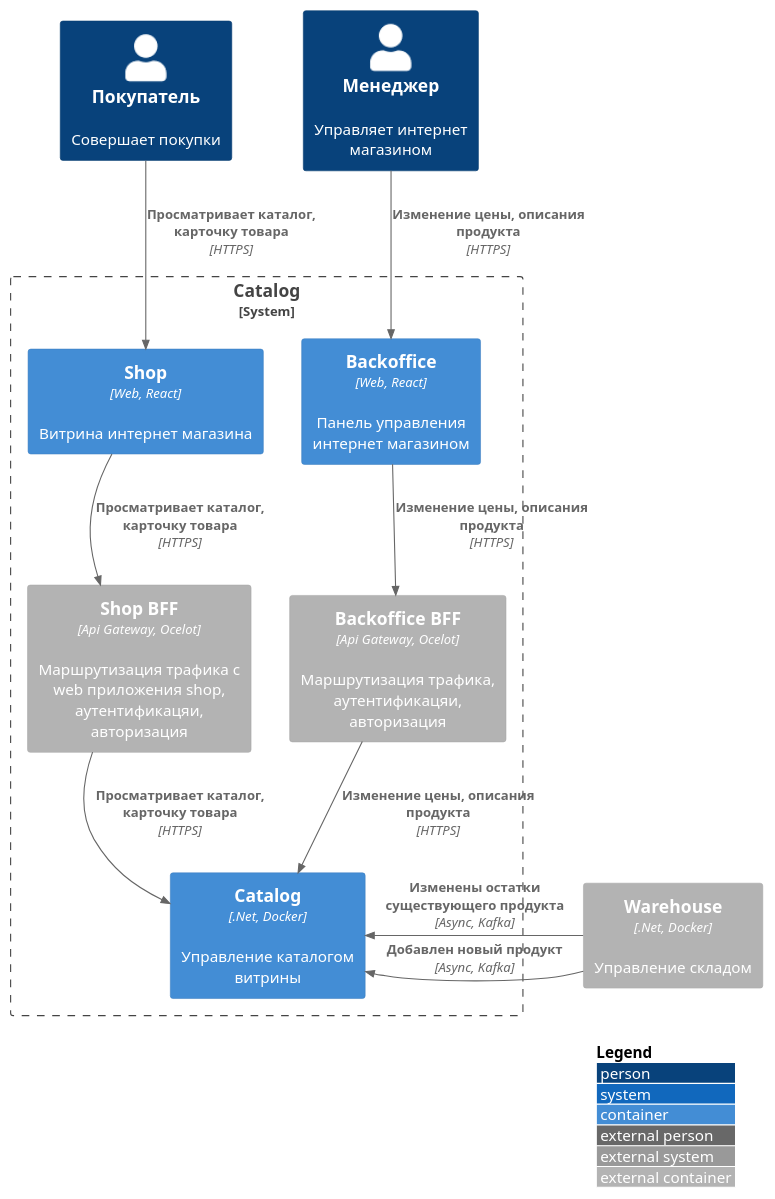
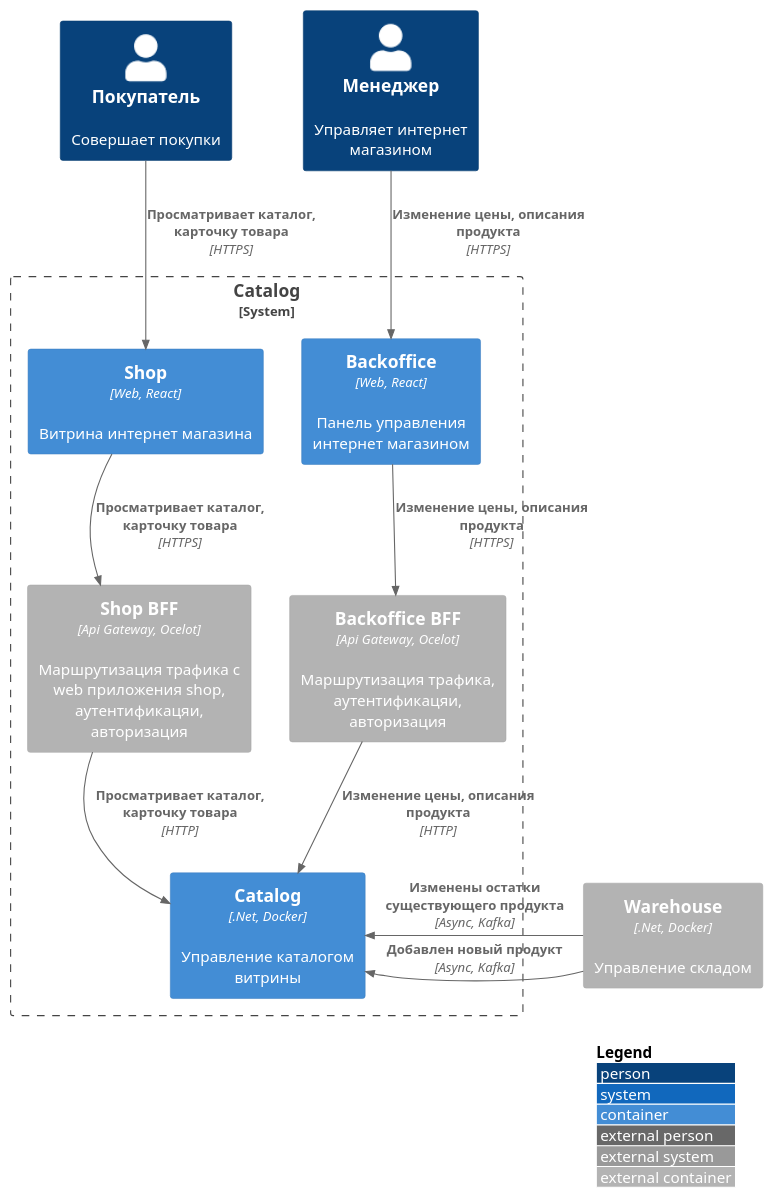
One commit to gerzhan/knigaexpert-system-design changed the first of 2 diagrams in services/catalog/README.md. Above: the diagram before and after it, drawn with PlantUML.

````diff
--- a/services/catalog/README.md
+++ b/services/catalog/README.md
@@ -8,36 +8,36 @@
 ```plantuml
 !include https://raw.githubusercontent.com/plantuml-stdlib/C4-PlantUML/master/C4_Container.puml
 
 skinparam wrapWidth 200
 skinparam maxMessageSize 200
 
 LAYOUT_TOP_DOWN()
 LAYOUT_WITH_LEGEND()
 
 Person(customer, Покупатель, "Совершает покупки")
 Person(manager, Менеджер, "Управляет интернет магазином")
 
 Container_Ext(warehouse, "Warehouse", ".Net, Docker", "Управление складом")
 
 System_Boundary(boundary, "Catalog") {
 ' Shop
 Container(shop_app, "Shop", "Web, React", "Витрина интернет магазина")
 Container_Ext(shop_bff, "Shop BFF", "Api Gateway, Ocelot", "Маршрутизация трафика c web приложения shop, аутентификацяи, авторизация")
 Rel(shop_app, shop_bff, "Просматривает каталог, карточку товара", "HTTPS")
 Rel(customer, shop_app, "Просматривает каталог, карточку товара", "HTTPS")
 
 ' Backoffice
 Container(backoffice_app, "Backoffice", "Web, React", "Панель управления интернет магазином")  
 Container_Ext(backoffice_bff, "Backoffice BFF", "Api Gateway, Ocelot", "Маршрутизация трафика, аутентификацяи, авторизация")
 Rel(backoffice_app, backoffice_bff, "Изменение цены, описания продукта", "HTTPS")
 Rel(manager, backoffice_app, "Изменение цены, описания продукта", "HTTPS")
 
 
 Container(catalog, "Catalog", ".Net, Docker", "Управление каталогом витрины")
 Rel_L(warehouse, catalog, "Добавлен новый продукт", "Async, Kafka")
 Rel_L(warehouse, catalog, "Изменены остатки существующего продукта", "Async, Kafka")
-Rel(shop_bff, catalog, "Просматривает каталог, карточку товара", "HTTPS")
-Rel(backoffice_bff, catalog, "Изменение цены, описания продукта", "HTTPS")
+Rel(shop_bff, catalog, "Просматривает каталог, карточку товара", "HTTP")
+Rel(backoffice_bff, catalog, "Изменение цены, описания продукта", "HTTP")
 }
 
 ```
````
